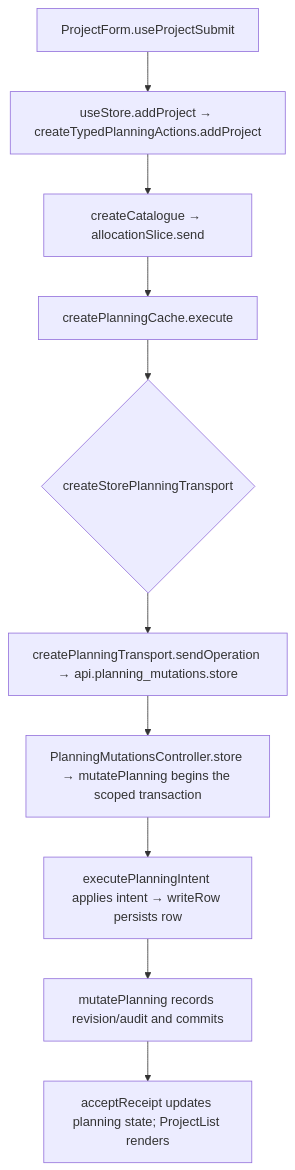
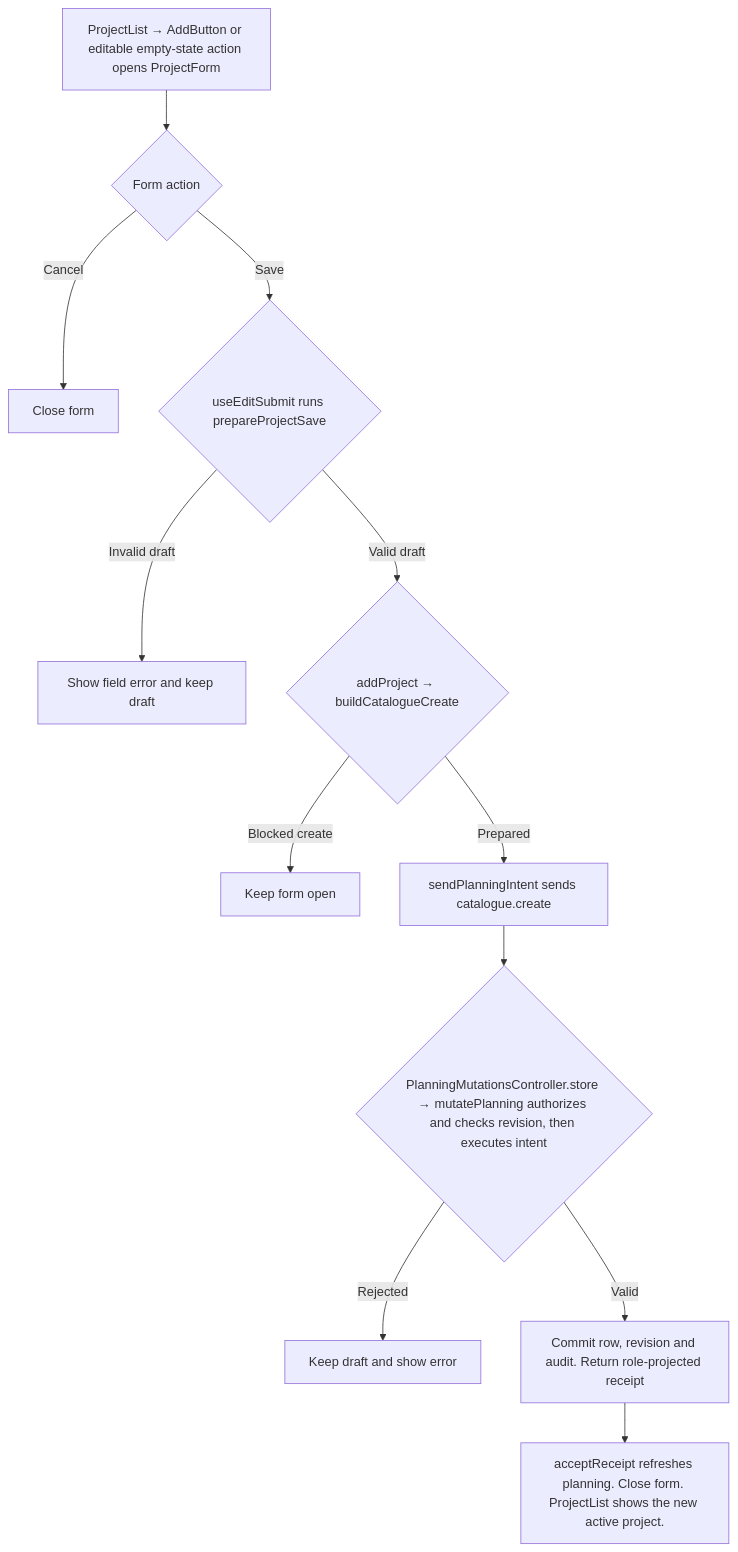
Before and after one commit to Kevinjohn/capacitylens: the second of 2 diagrams in user-stories/projects/US-PRJ-01-add-project.md, drawn with Mermaid. The commit also changed other lines of this file and 172 other files, not shown here.

Commit message:
docs: reconcile user story code flows with source

````diff
--- a/user-stories/projects/US-PRJ-01-add-project.md
+++ b/user-stories/projects/US-PRJ-01-add-project.md
@@ -37,8 +37,14 @@
 ```mermaid
 flowchart TD
-  A["ProjectForm.useProjectSubmit"] --> B["useStore.addProject → createTypedPlanningActions.addProject"]
-  B --> C["createCatalogue → allocationSlice.send"]
-  C --> D["createPlanningCache.execute"] --> E{"createStorePlanningTransport"}
-  E --> F["createPlanningTransport.sendOperation → api.planning_mutations.store"] --> G["PlanningMutationsController.store → mutatePlanning begins the scoped transaction"]
-  G --> H["executePlanningIntent applies intent → writeRow persists row"] --> K["mutatePlanning records revision/audit and commits"] --> J["acceptReceipt updates planning state; ProjectList renders"]
+  ENTRY["ProjectList → AddButton or editable empty-state action opens ProjectForm"] --> ACTION{"Form action"}
+  ACTION -->|Cancel| CLOSE["Close form"]
+  ACTION -->|Save| FORM{"useEditSubmit runs prepareProjectSave"}
+  FORM -->|Invalid draft| FIELD["Show field error and keep draft"]
+  FORM -->|Valid draft| CREATE{"addProject → buildCatalogueCreate"}
+  CREATE -->|Blocked create| OPEN["Keep form open"]
+  CREATE -->|Prepared| SEND["sendPlanningIntent sends catalogue.create"]
+  SEND --> SERVER{"PlanningMutationsController.store → mutatePlanning authorizes and checks revision, then executes intent"}
+  SERVER -->|Rejected| ERROR["Keep draft and show error"]
+  SERVER -->|Valid| COMMIT["Commit row, revision and audit. Return role-projected receipt"]
+  COMMIT --> DONE["acceptReceipt refreshes planning. Close form. ProjectList shows the new active project."]
 ```
````
